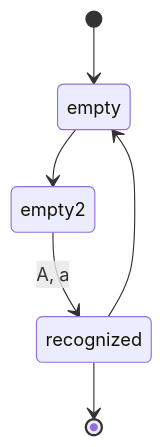
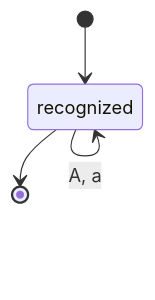
Diagram 48 of 58 in _posts/2019-09-21-recognizing-myself.md (raganwald/raganwald.github.com), drawn with Mermaid before and after one commit. The commit also changed other lines of this file and 2 other files, not shown here.

```diff
--- a/_posts/2019-09-21-recognizing-myself.md
+++ b/_posts/2019-09-21-recognizing-myself.md
@@ -2405,8 +2482,6 @@
 <div class="mermaid">
   stateDiagram
-    [*]-->empty
-    empty-->empty2
-    empty2-->recognized : A, a
-    recognized-->empty
+    [*]-->recognized
+    recognized-->recognized : A, a
     recognized-->[*]
 </div>
```
